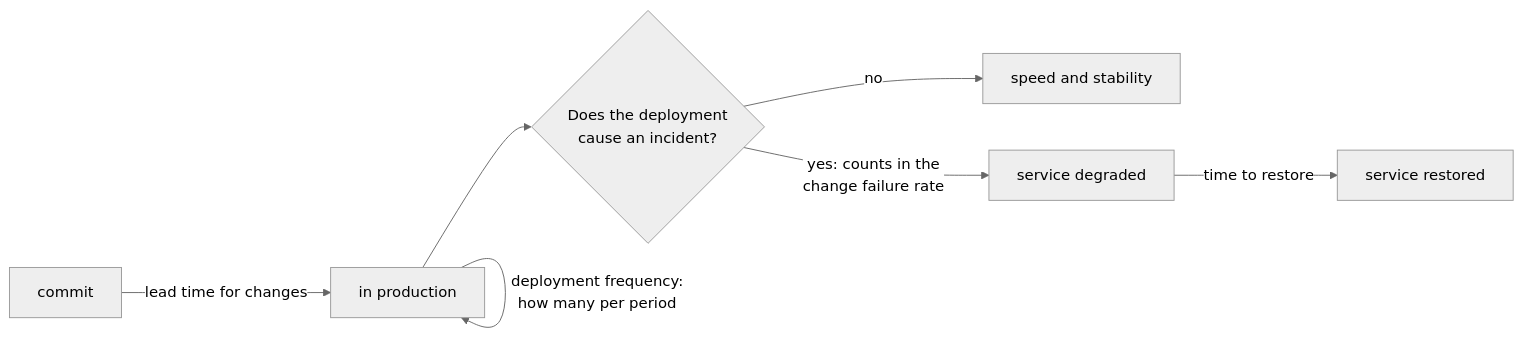
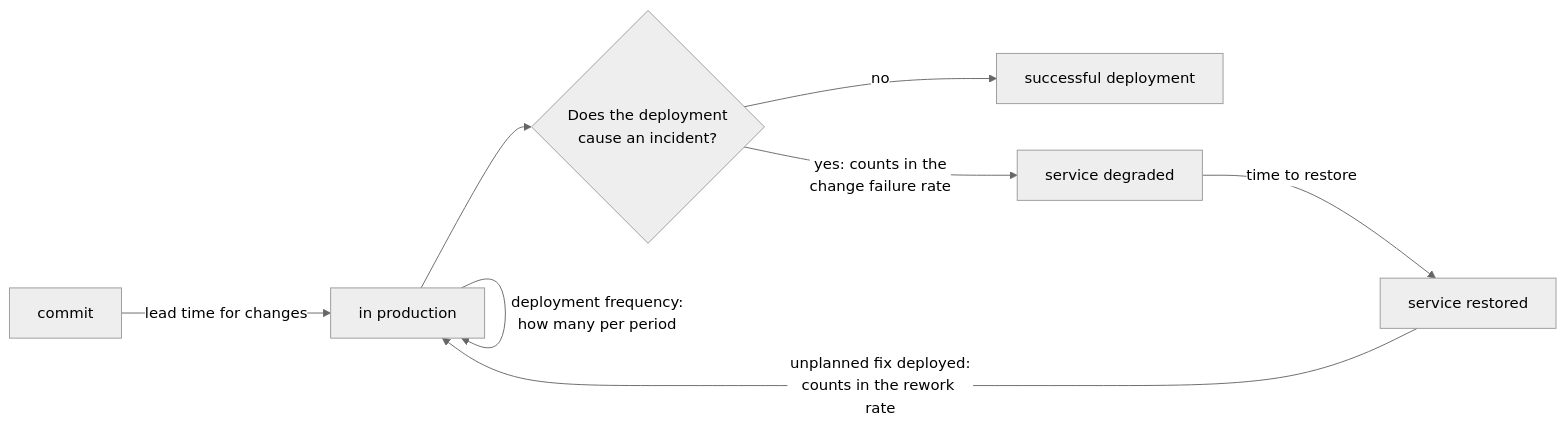
The seventh of 9 diagrams in docs/knowledge/livraison.en.md (vincentbaticle/reminder), drawn with Mermaid (neutral theme) before and after one commit. The commit also changed other lines of this file and 55 other files, not shown here.

````diff
--- a/docs/knowledge/livraison.en.md
+++ b/docs/knowledge/livraison.en.md
@@ -658,9 +661,10 @@
 ```mermaid
 flowchart LR
   C[commit] -->|"lead time for changes"| P[in production]
   P -->|"deployment frequency:<br/>how many per period"| P
   P --> Q{Does the deployment<br/>cause an incident?}
-  Q -->|"no"| OK[speed and stability]
+  Q -->|"no"| OK[successful deployment]
   Q -->|"yes: counts in the<br/>change failure rate"| I[service degraded]
   I -->|"time to restore"| R[service restored]
+  R -->|"unplanned fix deployed:<br/>counts in the rework rate"| P
 ```
````
